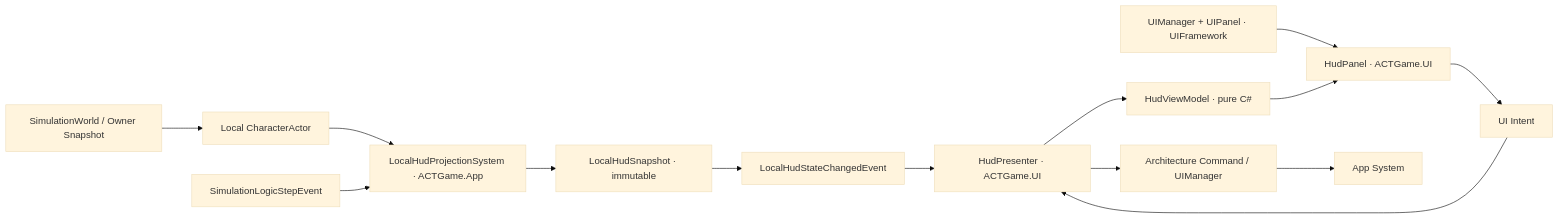
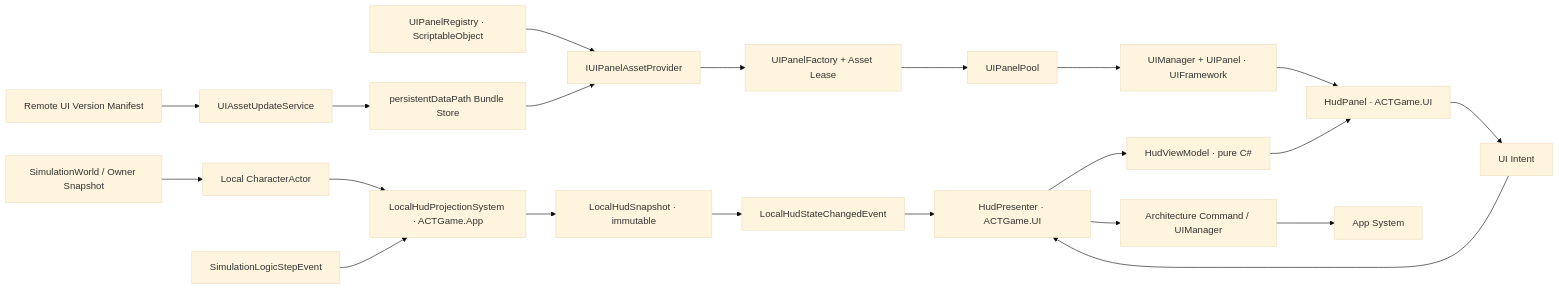
One commit to diosamacao/DiavoloGame changed the first of 2 diagrams in docs/2026.9.19/UI_FRAMEWORK_PLAN.md. Above: the diagram before and after it, drawn with Mermaid (base theme). The commit also changed other lines of this file and 26 other files, not shown here.

````diff
--- a/docs/2026.9.19/UI_FRAMEWORK_PLAN.md
+++ b/docs/2026.9.19/UI_FRAMEWORK_PLAN.md
@@ -90,16 +98,23 @@
 ```mermaid
 flowchart LR
     Sim["SimulationWorld / Owner Snapshot"] --> Actor["Local CharacterActor"]
     Actor --> Projection["LocalHudProjectionSystem · ACTGame.App"]
     Step["SimulationLogicStepEvent"] --> Projection
     Projection --> Snapshot["LocalHudSnapshot · immutable"]
     Snapshot --> AppEvent["LocalHudStateChangedEvent"]
     AppEvent --> Presenter["HudPresenter · ACTGame.UI"]
     Presenter --> VM["HudViewModel · pure C#"]
     Framework["UIManager + UIPanel · UIFramework"] --> View["HudPanel · ACTGame.UI"]
     VM --> View
     View --> Intent["UI Intent"]
     Intent --> Presenter
     Presenter --> Command["Architecture Command / UIManager"]
     Command --> App["App System"]
+    Remote["Remote UI Version Manifest"] --> Updater["UIAssetUpdateService"]
+    Updater --> BundleStore["persistentDataPath Bundle Store"]
+    Registry["UIPanelRegistry · ScriptableObject"] --> Provider["IUIPanelAssetProvider"]
+    BundleStore --> Provider
+    Provider --> Factory["UIPanelFactory + Asset Lease"]
+    Factory --> Pool["UIPanelPool"]
+    Pool --> Framework
 ```
````
